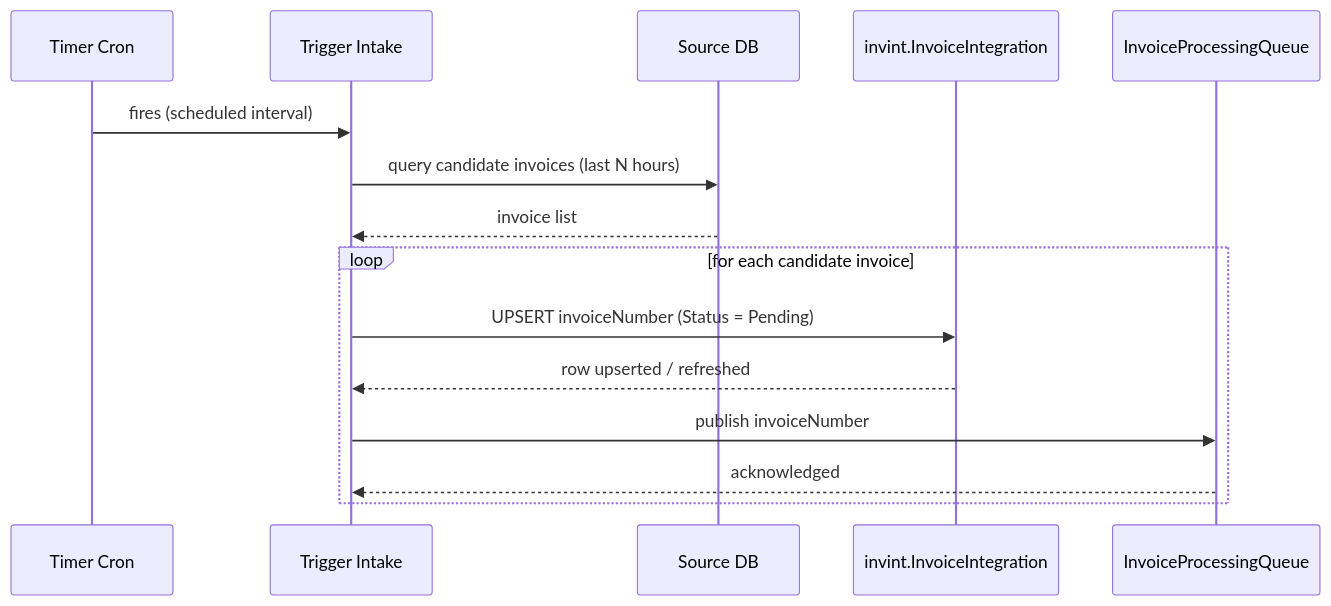
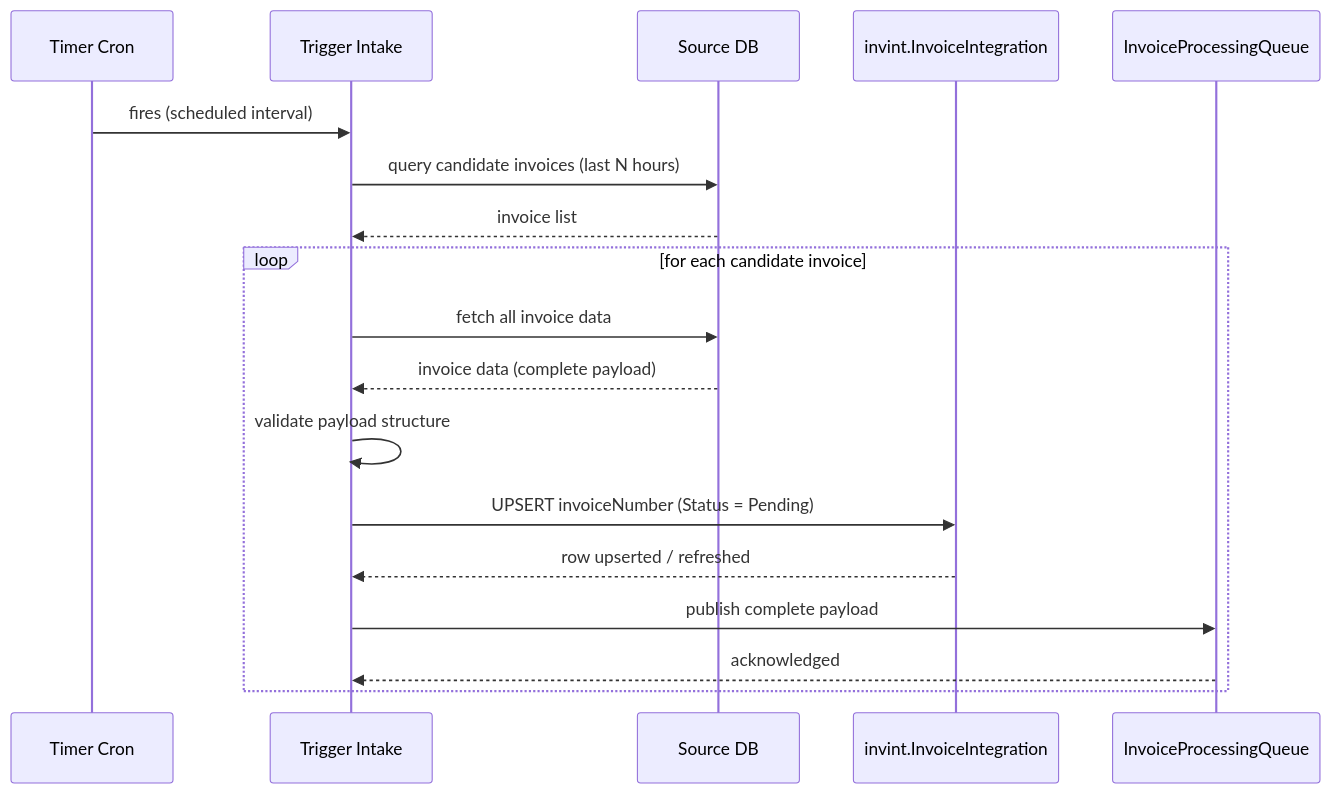
Before and after one commit to ctorresunimag95/Designs: the second of 6 diagrams in InvoiceIntegrator/ARCHITECTURE-OPTIONS.md, drawn with Mermaid. The commit also changed other lines of this file and 1 other file, not shown here.

````diff
--- a/InvoiceIntegrator/ARCHITECTURE-OPTIONS.md
+++ b/InvoiceIntegrator/ARCHITECTURE-OPTIONS.md
@@ -102,19 +100,24 @@
 ```mermaid
 sequenceDiagram
   participant Cron as Timer Cron
   participant Intake as Trigger Intake
   participant SrcDB as Source DB
   participant IntDB as invint.InvoiceIntegration
   participant Queue as InvoiceProcessingQueue
 
   Cron->>Intake: fires (scheduled interval)
   Intake->>SrcDB: query candidate invoices (last N hours)
   SrcDB-->>Intake: invoice list
 
   loop for each candidate invoice
+    Intake->>SrcDB: fetch all invoice data
+    SrcDB-->>Intake: invoice data (complete payload)
+    
+    Intake->>Intake: validate payload structure
+    
     Intake->>IntDB: UPSERT invoiceNumber (Status = Pending)
     IntDB-->>Intake: row upserted / refreshed
-    Intake->>Queue: publish invoiceNumber
+    Intake->>Queue: publish complete payload
     Queue-->>Intake: acknowledged
   end
 ```
````
